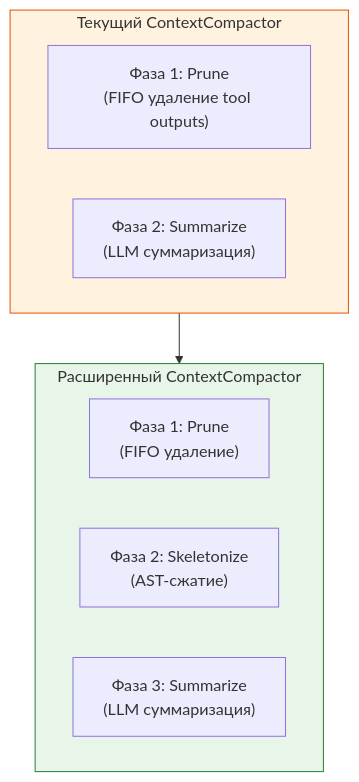
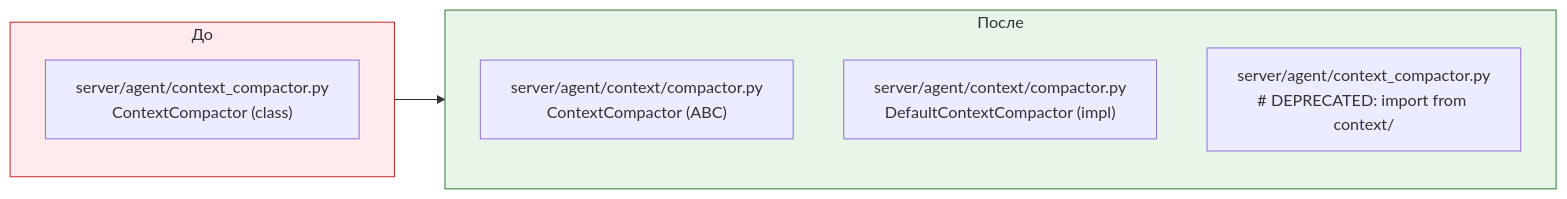
One commit to pese-git/codelab-agent changed diagram 25 of 26 in doc/internals/architecture/fcm/ARCHITECTURE.md. Above: the diagram before and after it, drawn with Mermaid. The commit also changed other lines of this file and 3 other files, not shown here.

````diff
--- a/doc/internals/architecture/fcm/ARCHITECTURE.md
+++ b/doc/internals/architecture/fcm/ARCHITECTURE.md
@@ -820,18 +1294,17 @@
 ```mermaid
-graph TD
-    subgraph Current["Текущий ContextCompactor"]
-        C1["Фаза 1: Prune<br/>(FIFO удаление tool outputs)"]
-        C2["Фаза 2: Summarize<br/>(LLM суммаризация)"]
+graph LR
+    subgraph Before["До"]
+        Old["server/agent/context_compactor.py<br/>ContextCompactor (class)"]
     end
     
-    subgraph Extended["Расширенный ContextCompactor"]
-        E1["Фаза 1: Prune<br/>(FIFO удаление)"]
-        E2["Фаза 2: Skeletonize<br/>(AST-сжатие)"]
-        E3["Фаза 3: Summarize<br/>(LLM суммаризация)"]
+    subgraph After["После"]
+        New1["server/agent/context/compactor.py<br/>ContextCompactor (ABC)"]
+        New2["server/agent/context/compactor.py<br/>DefaultContextCompactor (impl)"]
+        OldCompat["server/agent/context_compactor.py<br/># DEPRECATED: import from context/"]
     end
     
-    Current --> Extended
+    Before --> After
     
-    style Current fill:#fff3e0,stroke:#e65100
-    style Extended fill:#e8f5e9,stroke:#2e7d32
+    style Before fill:#ffebee,stroke:#c62828
+    style After fill:#e8f5e9,stroke:#2e7d32
 ```
````
